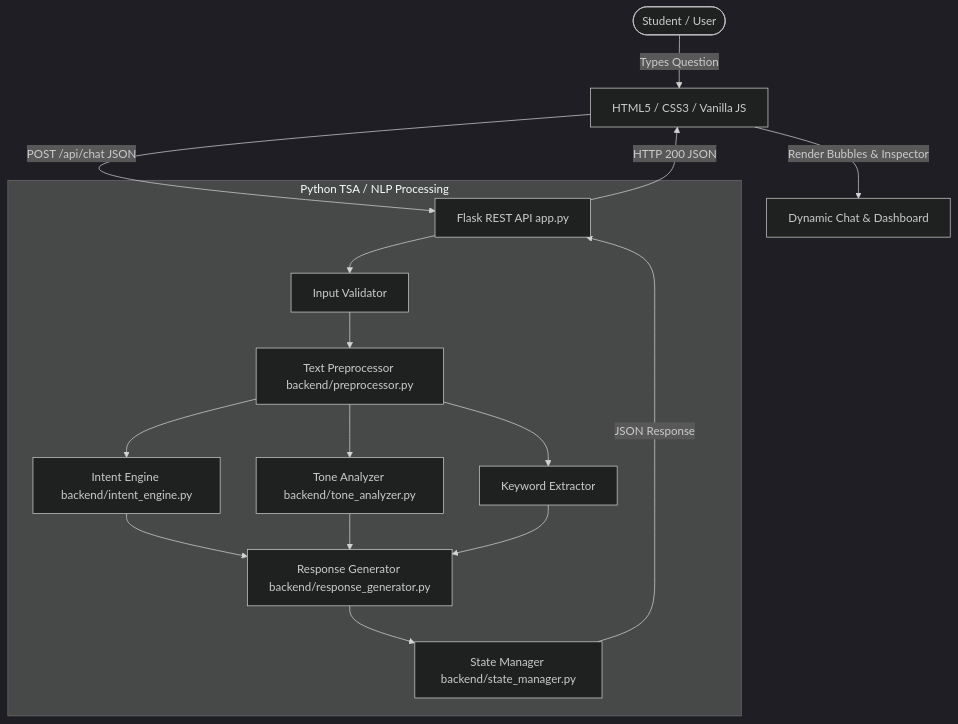
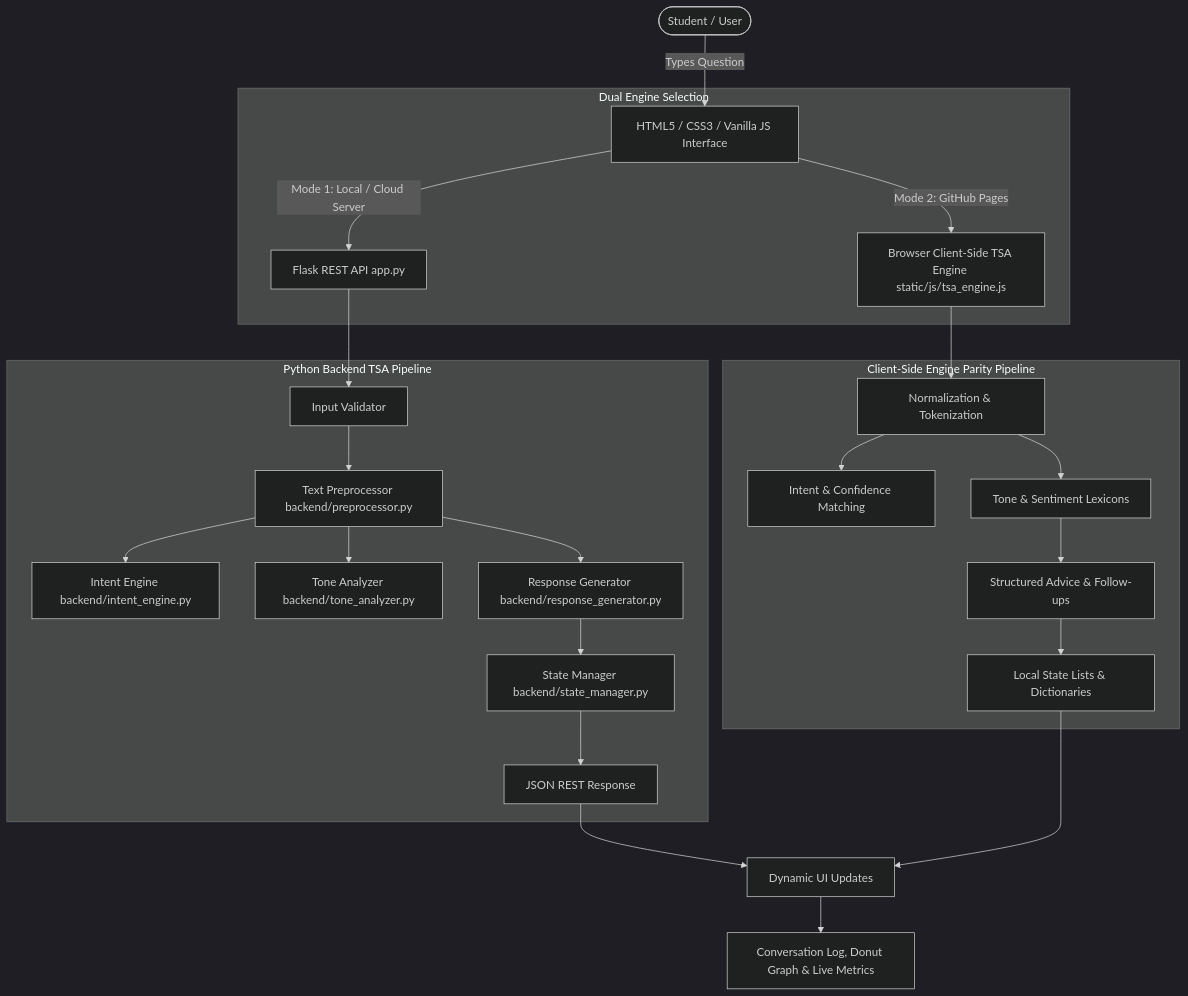
The diagram in README.md (chiragroshan18/EduAssist), drawn with Mermaid (dark theme) before and after one commit. The commit also changed other lines of this file, not shown here.

Commit message:
docs: add GitHub Pages live deployment link, badge, and comprehensive documentation

````diff
--- a/README.md
+++ b/README.md
@@ -89,23 +118,31 @@
 ```mermaid
 flowchart TD
-    User([Student / User]) -->|Types Question| Frontend[HTML5 / CSS3 / Vanilla JS]
-    Frontend -->|POST /api/chat JSON| FlaskAPI[Flask REST API app.py]
+    User([Student / User]) -->|Types Question| Frontend[HTML5 / CSS3 / Vanilla JS Interface]
     
-    subgraph Python Backend [Python TSA / NLP Processing]
+    subgraph Dual Engine Selection
+        Frontend -->|Mode 1: Local / Cloud Server| FlaskAPI[Flask REST API app.py]
+        Frontend -->|Mode 2: GitHub Pages| ClientTSA[Browser Client-Side TSA Engine static/js/tsa_engine.js]
+    end
+    
+    subgraph Python Backend TSA Pipeline
         FlaskAPI --> Validator[Input Validator]
         Validator --> Preprocessor[Text Preprocessor backend/preprocessor.py]
         Preprocessor --> IntentEngine[Intent Engine backend/intent_engine.py]
         Preprocessor --> ToneAnalyzer[Tone Analyzer backend/tone_analyzer.py]
-        Preprocessor --> KeywordExtractor[Keyword Extractor]
-        
-        IntentEngine --> ResponseGen[Response Generator backend/response_generator.py]
-        ToneAnalyzer --> ResponseGen
-        KeywordExtractor --> ResponseGen
-        
-        ResponseGen --> StateMgr[State Manager backend/state_manager.py]
+        Preprocessor --> ResponseGen[Response Generator backend/response_generator.py]
+        ResponseGen --> StateManager[State Manager backend/state_manager.py]
+        StateManager --> JSONOutput[JSON REST Response]
     end
     
-    StateMgr -->|JSON Response| FlaskAPI
-    FlaskAPI -->|HTTP 200 JSON| Frontend
-    Frontend -->|Render Bubbles & Inspector| UI[Dynamic Chat & Dashboard]
+    subgraph Client-Side Engine Parity Pipeline
+        ClientTSA --> ClientPrep[Normalization & Tokenization]
+        ClientPrep --> ClientIntent[Intent & Confidence Matching]
+        ClientPrep --> ClientTone[Tone & Sentiment Lexicons]
+        ClientTone --> ClientResp[Structured Advice & Follow-ups]
+        ClientResp --> ClientState[Local State Lists & Dictionaries]
+    end
+    
+    JSONOutput --> UIUpdate[Dynamic UI Updates]
+    ClientState --> UIUpdate
+    UIUpdate --> Dashboard[Conversation Log, Donut Graph & Live Metrics]
 ```
````
